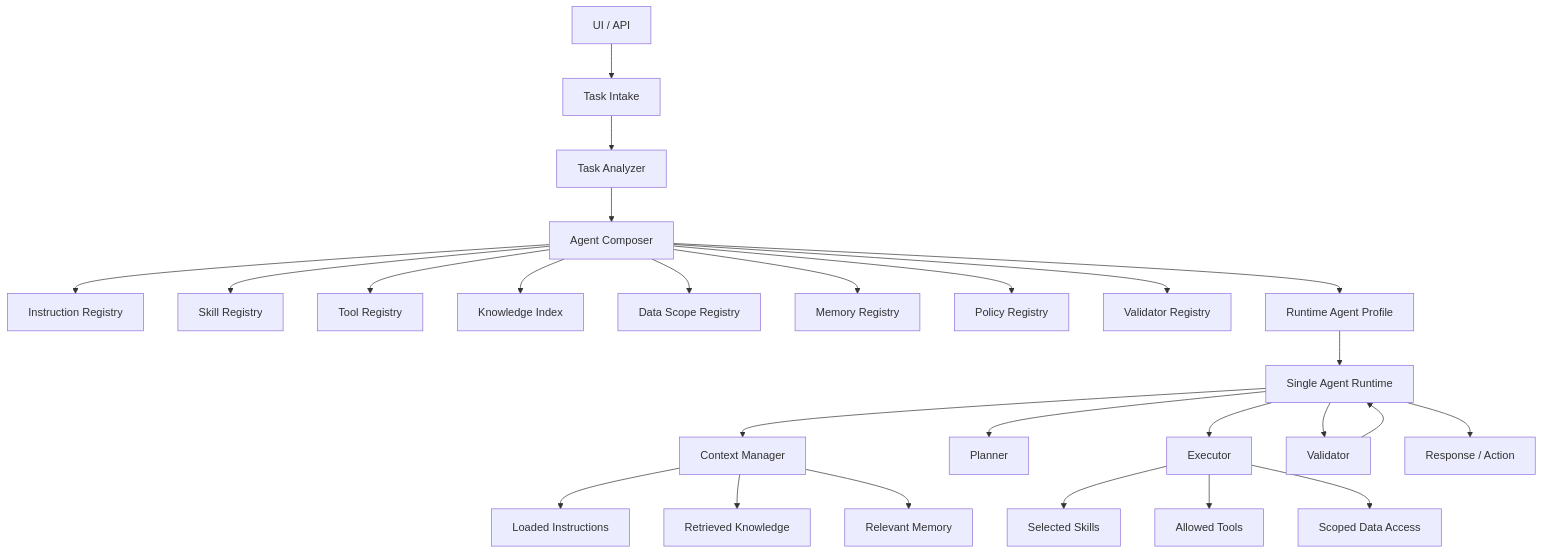
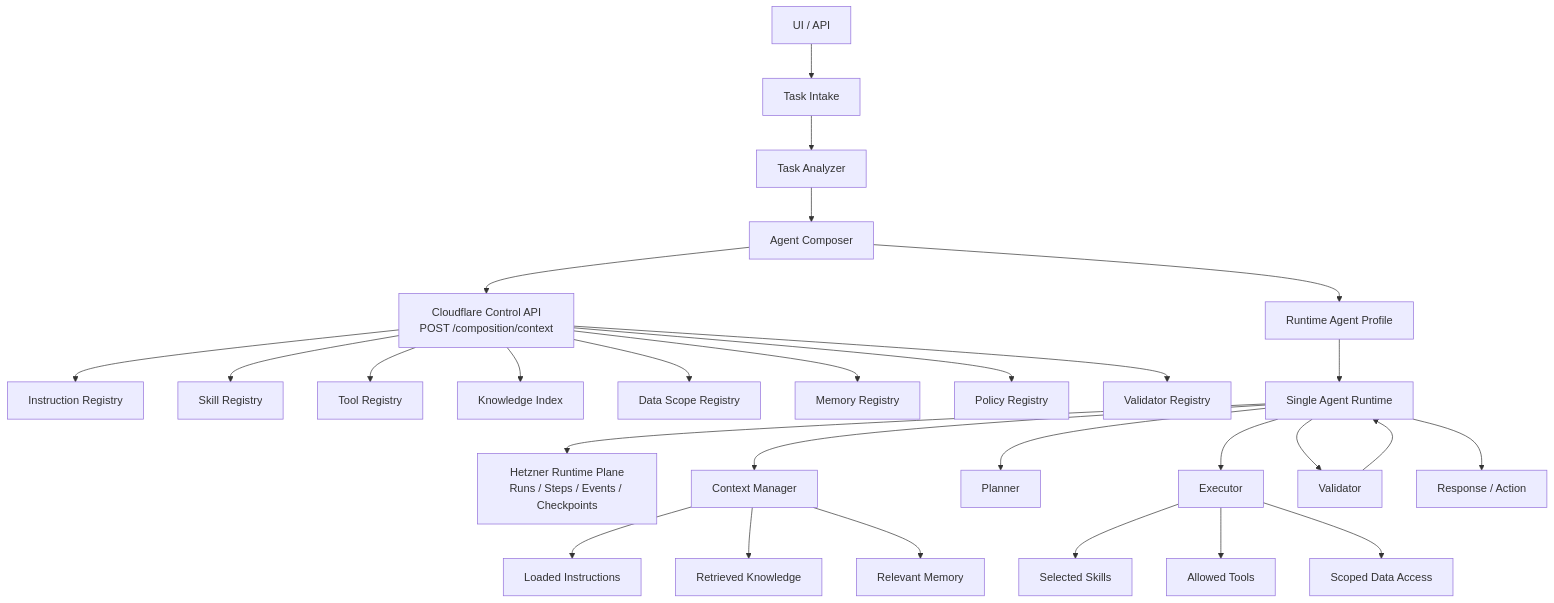
The diagram in docs/architecture.md (KonstantinData/skill-centric-agent-system), drawn with Mermaid before and after one commit. The commit also changed other lines of this file and 30 other files, not shown here.

````diff
--- a/docs/architecture.md
+++ b/docs/architecture.md
@@ -23,36 +23,39 @@
 ```mermaid
 flowchart TD
     UI["UI / API"] --> Intake["Task Intake"]
 
     Intake --> Analyzer["Task Analyzer"]
     Analyzer --> Composer["Agent Composer"]
 
-    Composer --> InstructionRegistry["Instruction Registry"]
-    Composer --> SkillRegistry["Skill Registry"]
-    Composer --> ToolRegistry["Tool Registry"]
-    Composer --> KnowledgeIndex["Knowledge Index"]
-    Composer --> DataRegistry["Data Scope Registry"]
-    Composer --> MemoryRegistry["Memory Registry"]
-    Composer --> PolicyRegistry["Policy Registry"]
-    Composer --> ValidatorRegistry["Validator Registry"]
+    Composer --> ControlAPI["Cloudflare Control API<br/>POST /composition/context"]
+
+    ControlAPI --> InstructionRegistry["Instruction Registry"]
+    ControlAPI --> SkillRegistry["Skill Registry"]
+    ControlAPI --> ToolRegistry["Tool Registry"]
+    ControlAPI --> KnowledgeIndex["Knowledge Index"]
+    ControlAPI --> DataRegistry["Data Scope Registry"]
+    ControlAPI --> MemoryRegistry["Memory Registry"]
+    ControlAPI --> PolicyRegistry["Policy Registry"]
+    ControlAPI --> ValidatorRegistry["Validator Registry"]
 
     Composer --> Profile["Runtime Agent Profile"]
 
     Profile --> Agent["Single Agent Runtime"]
 
+    Agent --> RuntimeStore["Hetzner Runtime Plane<br/>Runs / Steps / Events / Checkpoints"]
     Agent --> Context["Context Manager"]
     Agent --> Planner["Planner"]
     Agent --> Executor["Executor"]
     Agent --> Validator["Validator"]
 
     Context --> LoadedInstructions["Loaded Instructions"]
     Context --> RetrievedKnowledge["Retrieved Knowledge"]
     Context --> RelevantMemory["Relevant Memory"]
 
     Executor --> SelectedSkills["Selected Skills"]
     Executor --> AllowedTools["Allowed Tools"]
     Executor --> ScopedData["Scoped Data Access"]
 
     Validator --> Agent
     Agent --> Response["Response / Action"]
 ```
````
